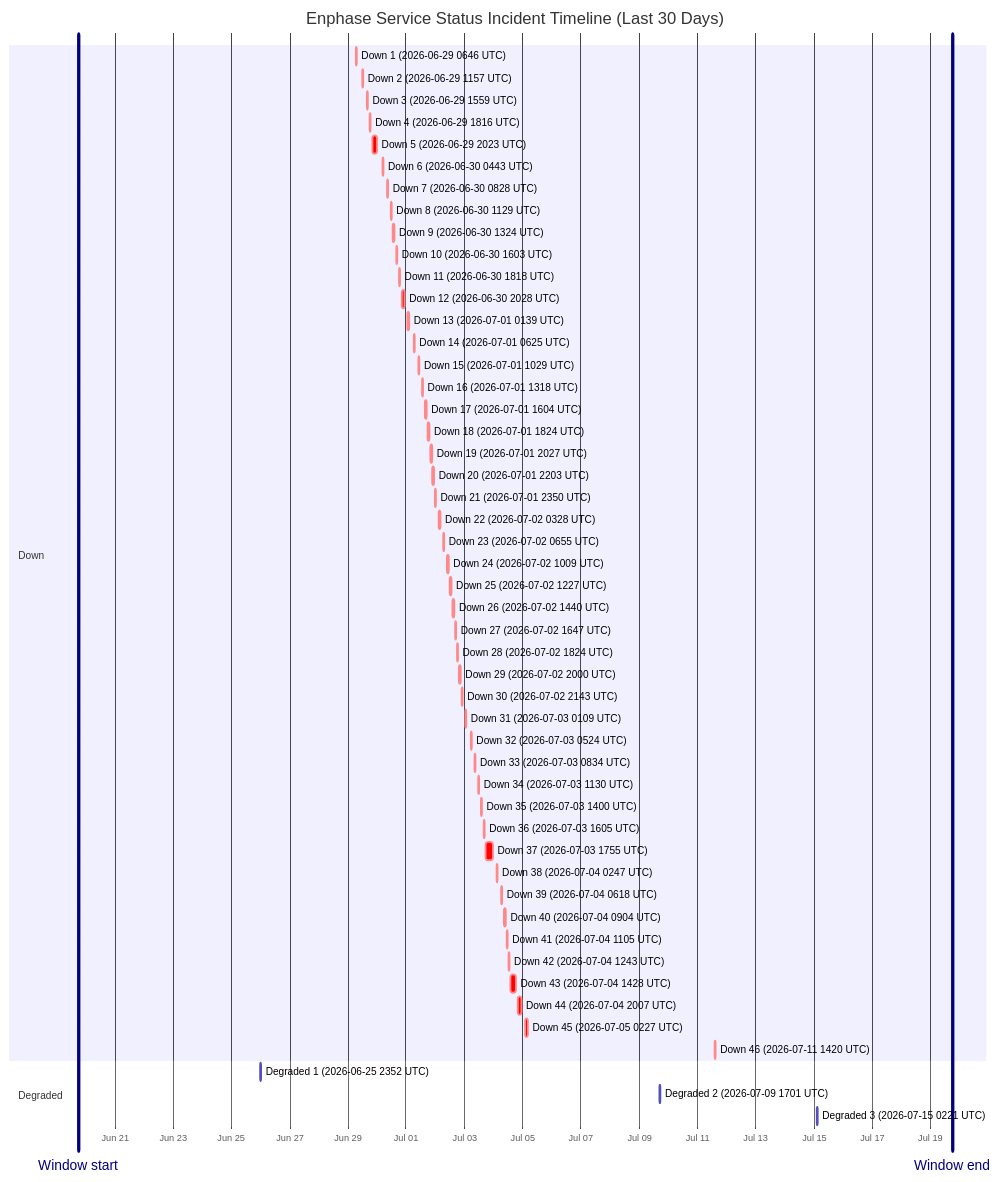
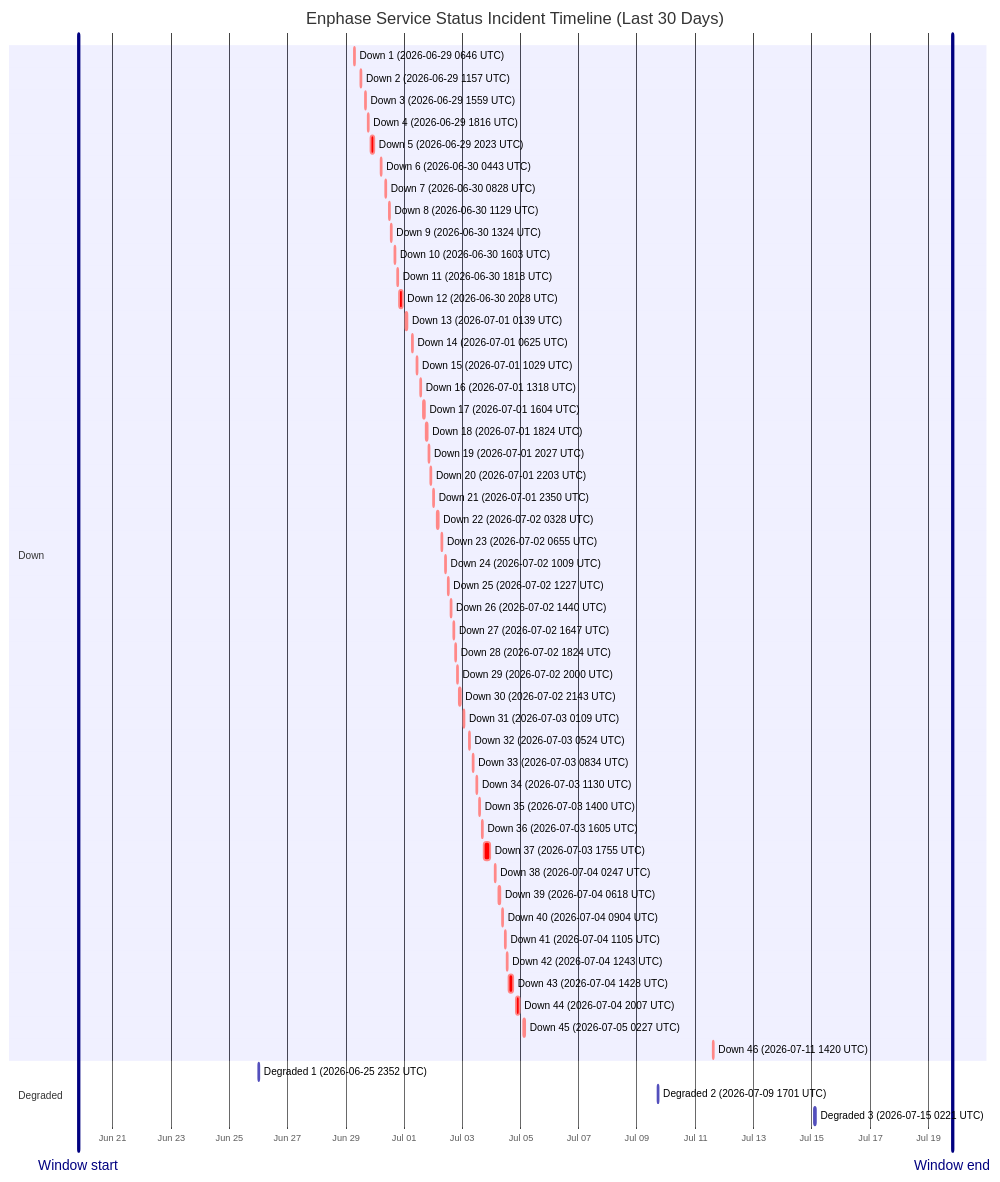
Before and after one commit to barneyonline/ha-enphase-energy: the diagram in wiki/Service-Status-History.md, drawn with Mermaid. The commit also changed other lines of this file and 3 other files, not shown here.

````diff
--- a/wiki/Service-Status-History.md
+++ b/wiki/Service-Status-History.md
@@ -14,59 +14,59 @@
 ```mermaid
 gantt
     title Enphase Service Status Incident Timeline (Last 30 Days)
     dateFormat  YYYY-MM-DDTHH:mm:ss
     axisFormat  %b %d
-    Window start :vert, window-start, 2026-06-19T18:02:01, 0ms
-    Window end :vert, window-end, 2026-07-19T18:02:01, 0ms
+    Window start :vert, window-start, 2026-06-19T19:39:54, 0ms
+    Window end :vert, window-end, 2026-07-19T19:39:54, 0ms
     section Down
     Down 1 (2026-06-29 0646 UTC) :crit, down-1, 2026-06-29T06:46:18, 60m
     Down 2 (2026-06-29 1157 UTC) :crit, down-2, 2026-06-29T11:57:36, 60m
     Down 3 (2026-06-29 1559 UTC) :crit, down-3, 2026-06-29T15:59:02, 60m
     Down 4 (2026-06-29 1816 UTC) :crit, down-4, 2026-06-29T18:16:38, 60m
     Down 5 (2026-06-29 2023 UTC) :crit, down-5, 2026-06-29T20:23:16, 220m
     Down 6 (2026-06-30 0443 UTC) :crit, down-6, 2026-06-30T04:43:54, 60m
     Down 7 (2026-06-30 0828 UTC) :crit, down-7, 2026-06-30T08:28:43, 60m
     Down 8 (2026-06-30 1129 UTC) :crit, down-8, 2026-06-30T11:29:15, 60m
     Down 9 (2026-06-30 1324 UTC) :crit, down-9, 2026-06-30T13:24:25, 60m
     Down 10 (2026-06-30 1603 UTC) :crit, down-10, 2026-06-30T16:03:26, 60m
     Down 11 (2026-06-30 1818 UTC) :crit, down-11, 2026-06-30T18:18:39, 60m
     Down 12 (2026-06-30 2028 UTC) :crit, down-12, 2026-06-30T20:28:54, 171m
     Down 13 (2026-07-01 0139 UTC) :crit, down-13, 2026-07-01T01:39:18, 60m
     Down 14 (2026-07-01 0625 UTC) :crit, down-14, 2026-07-01T06:25:35, 60m
     Down 15 (2026-07-01 1029 UTC) :crit, down-15, 2026-07-01T10:29:24, 60m
     Down 16 (2026-07-01 1318 UTC) :crit, down-16, 2026-07-01T13:18:31, 60m
     Down 17 (2026-07-01 1604 UTC) :crit, down-17, 2026-07-01T16:04:29, 60m
     Down 18 (2026-07-01 1824 UTC) :crit, down-18, 2026-07-01T18:24:21, 60m
     Down 19 (2026-07-01 2027 UTC) :crit, down-19, 2026-07-01T20:27:17, 60m
     Down 20 (2026-07-01 2203 UTC) :crit, down-20, 2026-07-01T22:03:46, 60m
     Down 21 (2026-07-01 2350 UTC) :crit, down-21, 2026-07-01T23:50:52, 60m
     Down 22 (2026-07-02 0328 UTC) :crit, down-22, 2026-07-02T03:28:33, 60m
     Down 23 (2026-07-02 0655 UTC) :crit, down-23, 2026-07-02T06:55:07, 60m
     Down 24 (2026-07-02 1009 UTC) :crit, down-24, 2026-07-02T10:09:15, 60m
     Down 25 (2026-07-02 1227 UTC) :crit, down-25, 2026-07-02T12:27:49, 60m
     Down 26 (2026-07-02 1440 UTC) :crit, down-26, 2026-07-02T14:40:53, 60m
     Down 27 (2026-07-02 1647 UTC) :crit, down-27, 2026-07-02T16:47:47, 60m
     Down 28 (2026-07-02 1824 UTC) :crit, down-28, 2026-07-02T18:24:26, 60m
     Down 29 (2026-07-02 2000 UTC) :crit, down-29, 2026-07-02T20:00:57, 60m
     Down 30 (2026-07-02 2143 UTC) :crit, down-30, 2026-07-02T21:43:52, 80m
     Down 31 (2026-07-03 0109 UTC) :crit, down-31, 2026-07-03T01:09:19, 60m
     Down 32 (2026-07-03 0524 UTC) :crit, down-32, 2026-07-03T05:24:23, 60m
     Down 33 (2026-07-03 0834 UTC) :crit, down-33, 2026-07-03T08:34:05, 60m
     Down 34 (2026-07-03 1130 UTC) :crit, down-34, 2026-07-03T11:30:41, 60m
     Down 35 (2026-07-03 1400 UTC) :crit, down-35, 2026-07-03T14:00:48, 60m
     Down 36 (2026-07-03 1605 UTC) :crit, down-36, 2026-07-03T16:05:49, 60m
     Down 37 (2026-07-03 1755 UTC) :crit, down-37, 2026-07-03T17:55:54, 338m
     Down 38 (2026-07-04 0247 UTC) :crit, down-38, 2026-07-04T02:47:22, 60m
     Down 39 (2026-07-04 0618 UTC) :crit, down-39, 2026-07-04T06:18:09, 60m
     Down 40 (2026-07-04 0904 UTC) :crit, down-40, 2026-07-04T09:04:41, 60m
     Down 41 (2026-07-04 1105 UTC) :crit, down-41, 2026-07-04T11:05:21, 60m
     Down 42 (2026-07-04 1243 UTC) :crit, down-42, 2026-07-04T12:43:25, 60m
     Down 43 (2026-07-04 1428 UTC) :crit, down-43, 2026-07-04T14:28:07, 243m
     Down 44 (2026-07-04 2007 UTC) :crit, down-44, 2026-07-04T20:07:50, 206m
     Down 45 (2026-07-05 0227 UTC) :crit, down-45, 2026-07-05T02:27:32, 109m
     Down 46 (2026-07-11 1420 UTC) :crit, down-46, 2026-07-11T14:20:54, 69m
     section Degraded
     Degraded 1 (2026-06-25 2352 UTC) :active, degraded-1, 2026-06-25T23:52:01, 60m
     Degraded 2 (2026-07-09 1701 UTC) :active, degraded-2, 2026-07-09T17:01:02, 60m
     Degraded 3 (2026-07-15 0221 UTC) :active, degraded-3, 2026-07-15T02:21:35, 60m
 ```
````
